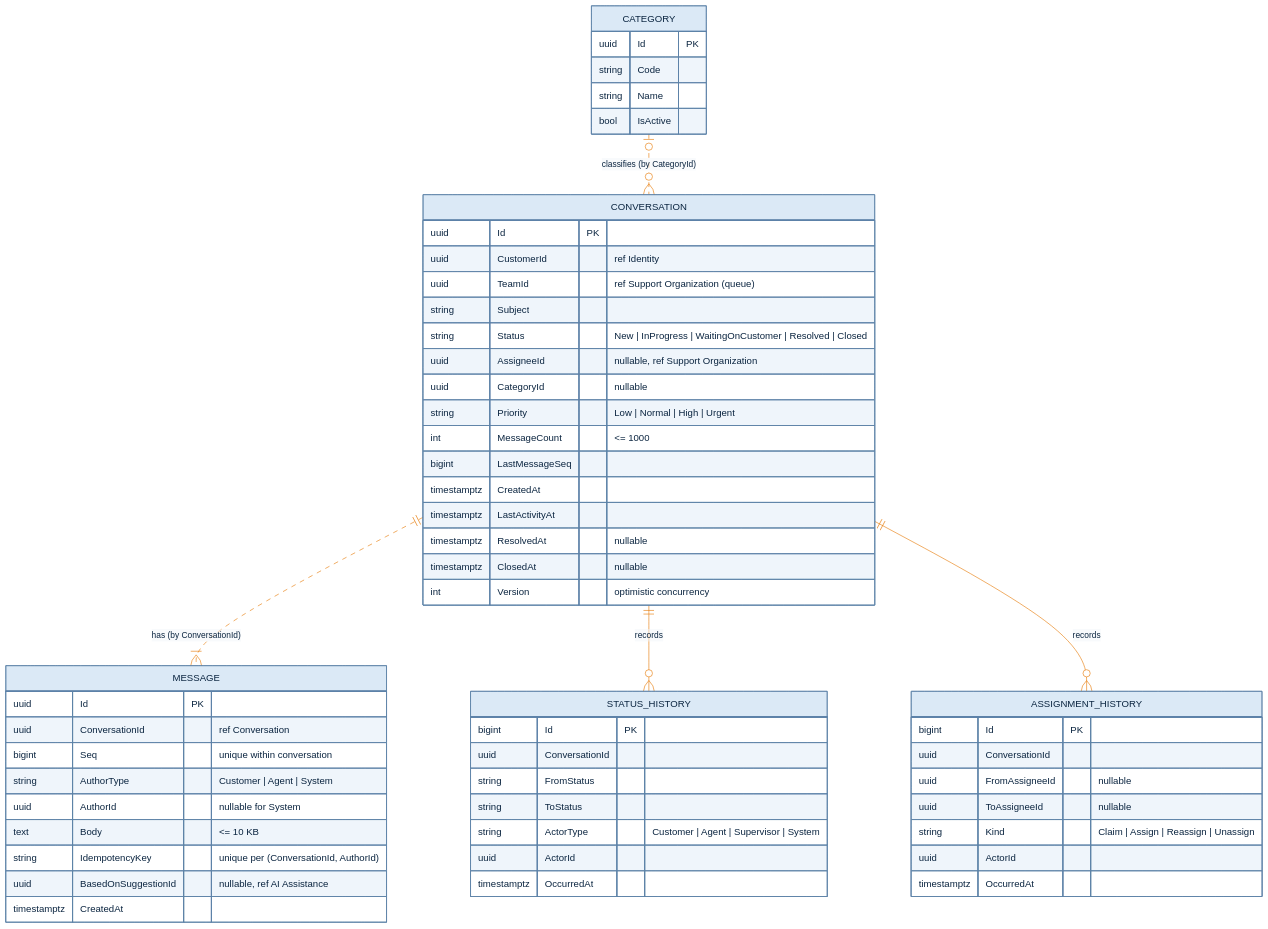
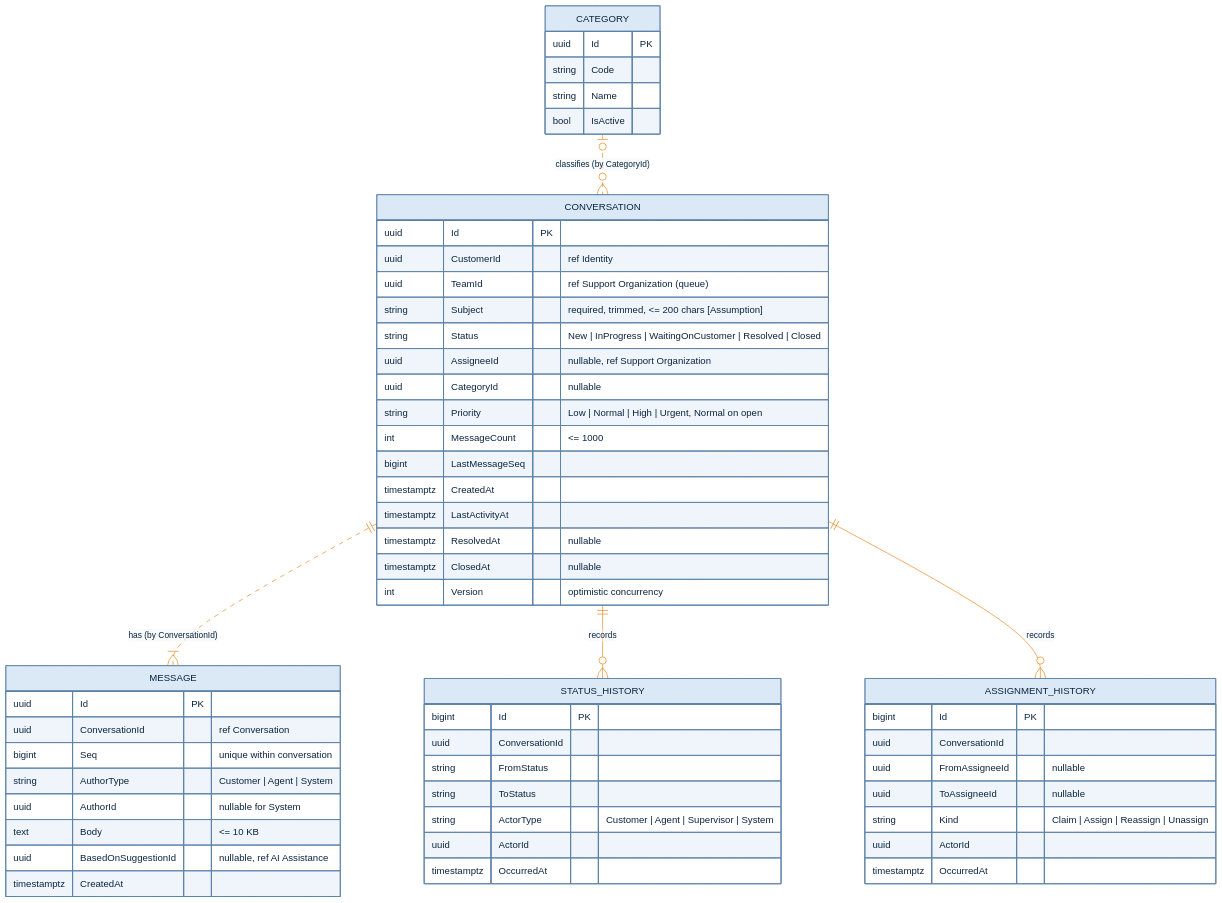
Before and after one commit to iarel/SupportFlow: the second of 9 diagrams in docs/domain-model.md, drawn with Mermaid. The commit also changed other lines of this file and 12 other files, not shown here.

````diff
--- a/docs/domain-model.md
+++ b/docs/domain-model.md
@@ -130,61 +130,60 @@
 ```mermaid
 %%{init: {"theme":"base","themeVariables":{"primaryColor":"#dbe9f6","primaryTextColor":"#0b2540","primaryBorderColor":"#5d82a8","lineColor":"#e67700","secondaryColor":"#dbe9f6","tertiaryColor":"#f1f5fa","clusterBkg":"#f1f5fa","clusterBorder":"#5d82a8","titleColor":"#0b4884","edgeLabelBackground":"#fff4e6","textColor":"#e67700","actorBkg":"#438dd5","actorTextColor":"#ffffff","actorBorder":"#2e6295","actorLineColor":"#e67700","signalColor":"#e67700","signalTextColor":"#e67700","labelBoxBkgColor":"#dbe9f6","labelBoxBorderColor":"#5d82a8","labelTextColor":"#0b2540","loopTextColor":"#e67700","noteBkgColor":"#fff4e6","noteTextColor":"#0b2540","noteBorderColor":"#e67700","activationBkgColor":"#dbe9f6","attributeBackgroundColorOdd":"#ffffff","attributeBackgroundColorEven":"#f1f5fa"}}}%%
 erDiagram
     CONVERSATION ||..|{ MESSAGE : "has (by ConversationId)"
     CONVERSATION ||--o{ STATUS_HISTORY : "records"
     CONVERSATION ||--o{ ASSIGNMENT_HISTORY : "records"
     CATEGORY |o..o{ CONVERSATION : "classifies (by CategoryId)"
 
     CONVERSATION {
         uuid Id PK
         uuid CustomerId "ref Identity"
         uuid TeamId "ref Support Organization (queue)"
-        string Subject
+        string Subject "required, trimmed, <= 200 chars [Assumption]"
         string Status "New | InProgress | WaitingOnCustomer | Resolved | Closed"
         uuid AssigneeId "nullable, ref Support Organization"
         uuid CategoryId "nullable"
-        string Priority "Low | Normal | High | Urgent"
+        string Priority "Low | Normal | High | Urgent, Normal on open"
         int MessageCount "<= 1000"
         bigint LastMessageSeq
         timestamptz CreatedAt
         timestamptz LastActivityAt
         timestamptz ResolvedAt "nullable"
         timestamptz ClosedAt "nullable"
         int Version "optimistic concurrency"
     }
     MESSAGE {
         uuid Id PK
         uuid ConversationId "ref Conversation"
         bigint Seq "unique within conversation"
         string AuthorType "Customer | Agent | System"
         uuid AuthorId "nullable for System"
         text Body "<= 10 KB"
-        string IdempotencyKey "unique per (ConversationId, AuthorId)"
         uuid BasedOnSuggestionId "nullable, ref AI Assistance"
         timestamptz CreatedAt
     }
     STATUS_HISTORY {
         bigint Id PK
         uuid ConversationId
         string FromStatus
         string ToStatus
         string ActorType "Customer | Agent | Supervisor | System"
         uuid ActorId
         timestamptz OccurredAt
     }
     ASSIGNMENT_HISTORY {
         bigint Id PK
         uuid ConversationId
         uuid FromAssigneeId "nullable"
         uuid ToAssigneeId "nullable"
         string Kind "Claim | Assign | Reassign | Unassign"
         uuid ActorId
         timestamptz OccurredAt
     }
     CATEGORY {
         uuid Id PK
         string Code
         string Name
         bool IsActive
     }
 ```
````
